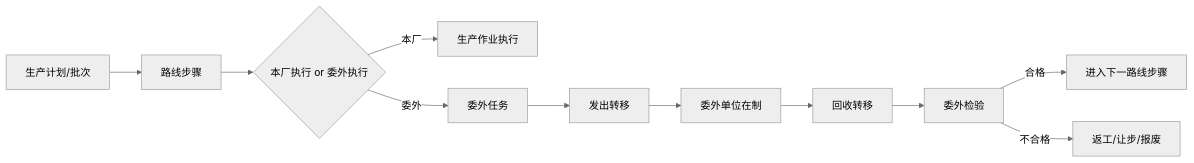
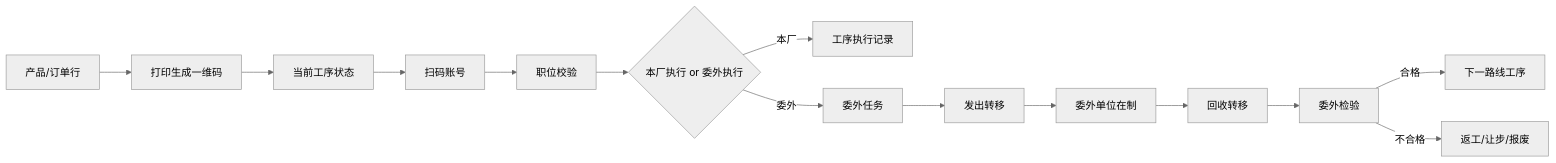
Before and after one commit to tanzanite2025/erp-mes-crm-plm: the third of 3 diagrams in docs/architecture/生产架构与委外边界设计.md, drawn with Mermaid (neutral theme). The commit also changed other lines of this file and 89 other files, not shown here.

````diff
--- a/docs/architecture/生产架构与委外边界设计.md
+++ b/docs/architecture/生产架构与委外边界设计.md
@@ -383,13 +437,16 @@
 ```mermaid
 flowchart LR
-  A["生产计划/批次"] --> B["路线步骤"]
-  B --> C{"本厂执行 or 委外执行"}
-  C -->|本厂| D["生产作业执行"]
-  C -->|委外| E["委外任务"]
-  E --> F["发出转移"]
-  F --> G["委外单位在制"]
-  G --> H["回收转移"]
-  H --> I["委外检验"]
-  I -->|合格| J["进入下一路线步骤"]
-  I -->|不合格| K["返工/让步/报废"]
+  A["产品/订单行"] --> B["打印生成一维码"]
+  B --> C["当前工序状态"]
+  C --> D["扫码账号"]
+  D --> E["职位校验"]
+  E --> F{"本厂执行 or 委外执行"}
+  F -->|本厂| G["工序执行记录"]
+  F -->|委外| H["委外任务"]
+  H --> I["发出转移"]
+  I --> J["委外单位在制"]
+  J --> K["回收转移"]
+  K --> L["委外检验"]
+  L -->|合格| M["下一路线工序"]
+  L -->|不合格| N["返工/让步/报废"]
 ```
````
